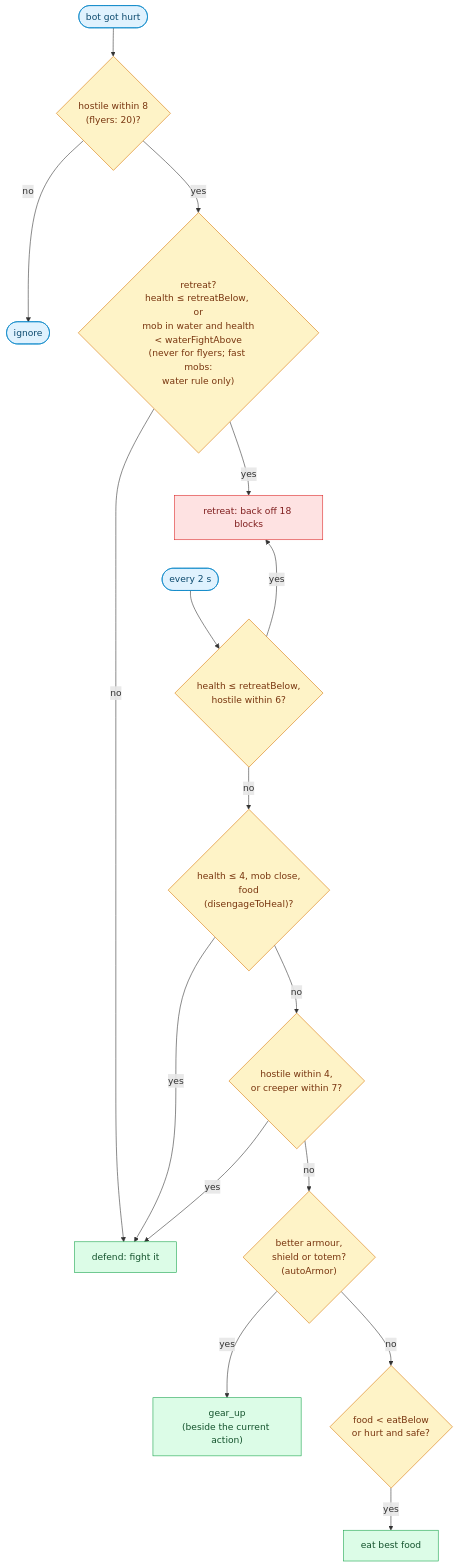
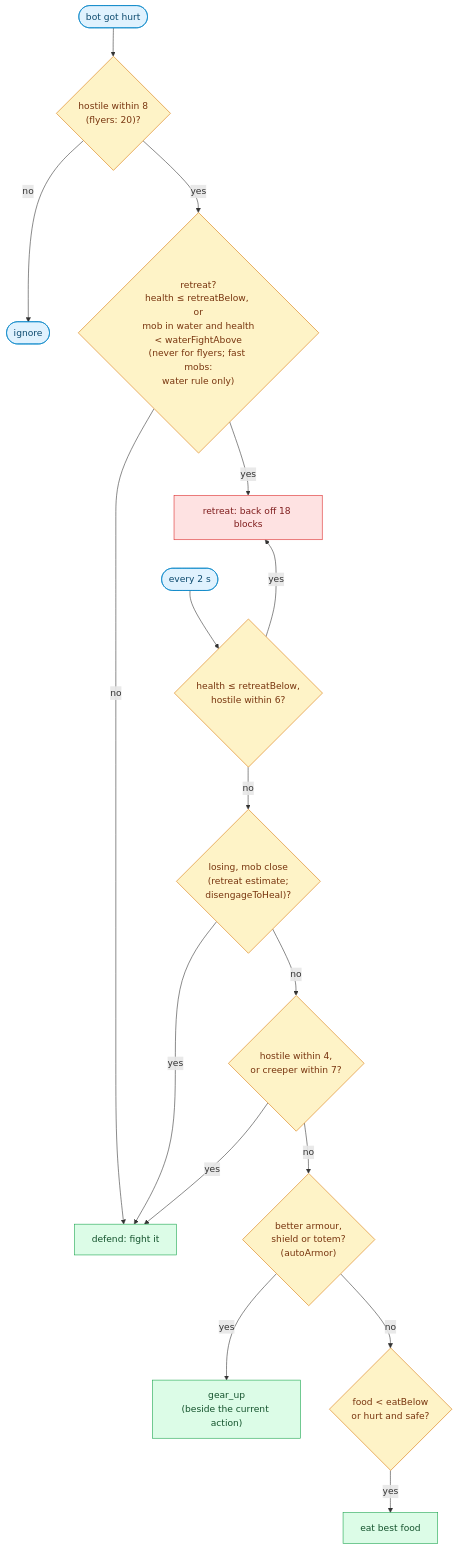
The sixth of 6 diagrams in docs/concepts/world.md (thereisnotime/golemkit), drawn with Mermaid before and after one commit. The commit also changed other lines of this file and 18 other files, not shown here.

First line of the commit message:
Leave losing fights by risk, not at 4 health: escape routes, heal, come back

````diff
--- a/docs/concepts/world.md
+++ b/docs/concepts/world.md
@@ -622,28 +675,28 @@
 ```mermaid
 flowchart TB
   H(["bot got hurt"]) --> M{"hostile within 8<br/>(flyers: 20)?"}
   M -- no --> X(["ignore"])
   M -- yes --> R{"retreat?<br/>health ≤ retreatBelow, or<br/>mob in water and health<br/>&lt; waterFightAbove<br/>(never for flyers; fast mobs:<br/>water rule only)"}
   R -- yes --> RT["retreat: back off 18 blocks"]
   R -- no --> DF["defend: fight it"]
   T(["every 2 s"]) --> LR{"health ≤ retreatBelow,<br/>hostile within 6?"}
   LR -- yes --> RT
-  LR -- no --> LOW{"health ≤ 4, mob close,<br/>food<br/>(disengageToHeal)?"}
+  LR -- no --> LOW{"losing, mob close<br/>(retreat estimate;<br/>disengageToHeal)?"}
   LOW -- yes --> DF
   LOW -- no --> PRE{"hostile within 4,<br/>or creeper within 7?"}
   PRE -- yes --> DF
   PRE -- no --> G{"better armour,<br/>shield or totem?<br/>(autoArmor)"}
   G -- yes --> GU["gear_up<br/>(beside the current action)"]
   G -- no --> E{"food &lt; eatBelow<br/>or hurt and safe?"}
   E -- yes --> EAT["eat best food"]
   RT ~~~ T
   classDef a fill:#e0f2fe,stroke:#0284c7,color:#0c4a6e
   classDef d fill:#fef3c7,stroke:#d97706,color:#78350f
   classDef g fill:#dcfce7,stroke:#16a34a,color:#14532d
   classDef r fill:#fee2e2,stroke:#dc2626,color:#7f1d1d
   class H,T a
   class M,R,E,LR,LOW,PRE,G d
   class DF,EAT,GU g
   class RT r
   class X a
 ```
````
